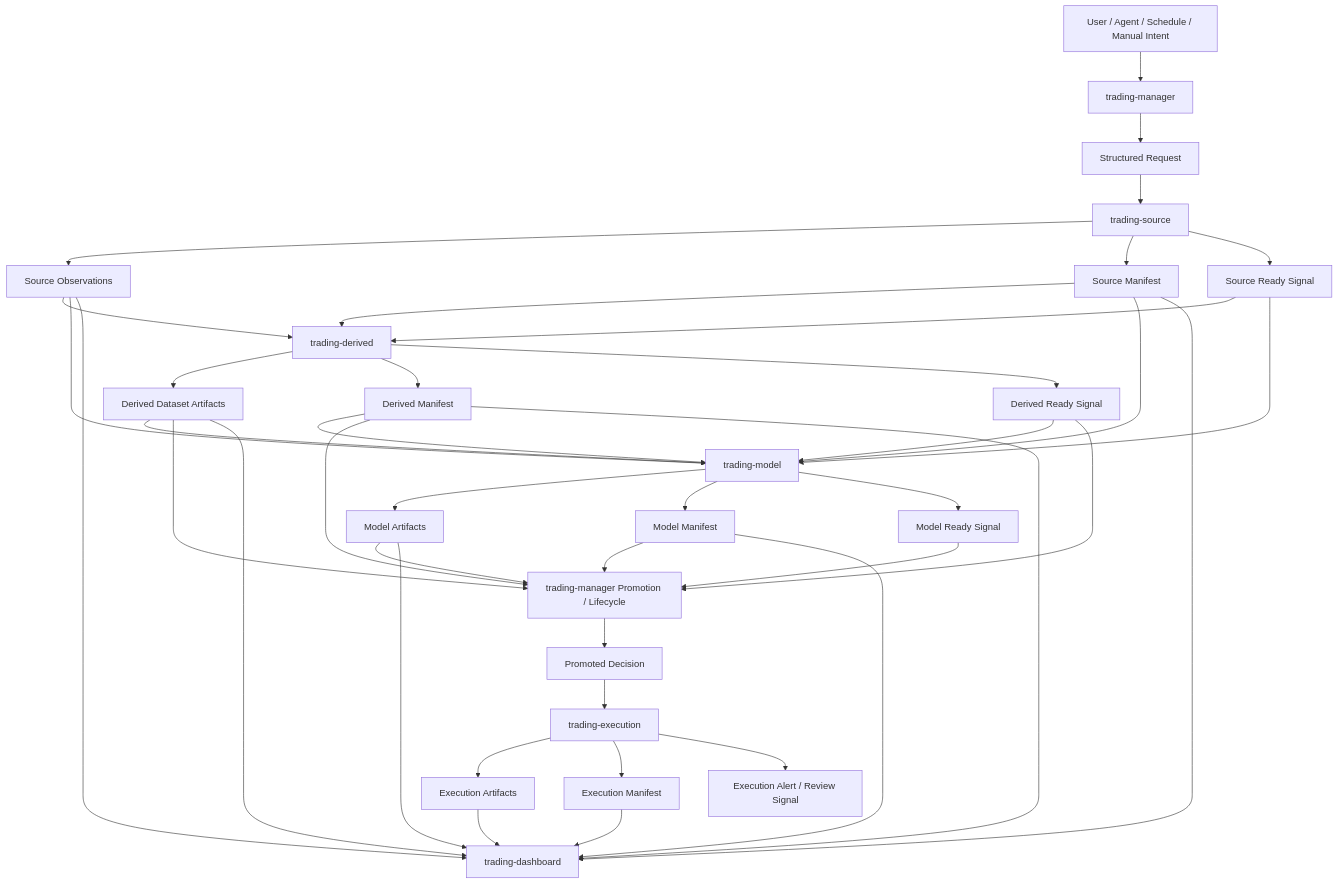
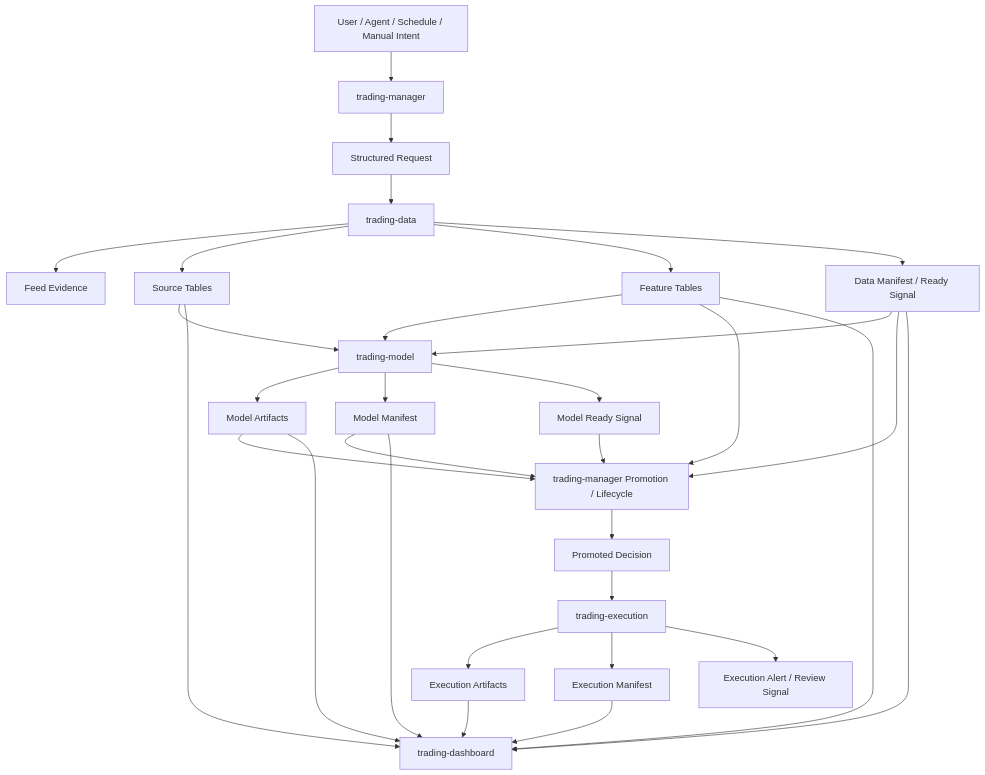
Before and after one commit to gilmore307/trading-manager: the diagram in docs/02_workflow.md, drawn with Mermaid. The commit also changed other lines of this file and 4 other files, not shown here.

Commit message:
Document unified trading data repository boundary

````diff
--- a/docs/02_workflow.md
+++ b/docs/02_workflow.md
@@ -62,52 +59,39 @@
 ```mermaid
 flowchart TD
   A[User / Agent / Schedule / Manual Intent] --> B[trading-manager]
   B --> C[Structured Request]
-  C --> D[trading-source]
-  D --> E[Source Observations]
-  D --> F[Source Manifest]
-  D --> G[Source Ready Signal]
+  C --> D[trading-data]
+  D --> E[Feed Evidence]
+  D --> F[Source Tables]
+  D --> G[Feature Tables]
+  D --> H[Data Manifest / Ready Signal]
 
-  E --> H[trading-derived]
-  F --> H
-  G --> H
-
-  E --> I[trading-model]
-  F --> I
+  F --> I[trading-model]
   G --> I
-
-  H --> J[Derived Dataset Artifacts]
-  H --> K[Derived Manifest]
-  H --> L[Derived Ready Signal]
-
-  J --> I
-  K --> I
-  L --> I
+  H --> I
 
   I --> M[Model Artifacts]
   I --> N[Model Manifest]
   I --> O[Model Ready Signal]
 
   M --> P[trading-manager Promotion / Lifecycle]
   N --> P
   O --> P
-  J --> P
-  K --> P
-  L --> P
+  G --> P
+  H --> P
 
   P --> Q[Promoted Decision]
   Q --> R[trading-execution]
 
   R --> S[Execution Artifacts]
   R --> T[Execution Manifest]
   R --> U[Execution Alert / Review Signal]
 
-  E --> V[trading-dashboard]
-  J --> V
+  F --> V[trading-dashboard]
+  G --> V
   M --> V
   S --> V
-  F --> V
-  K --> V
+  H --> V
   N --> V
   T --> V
 ```
````
